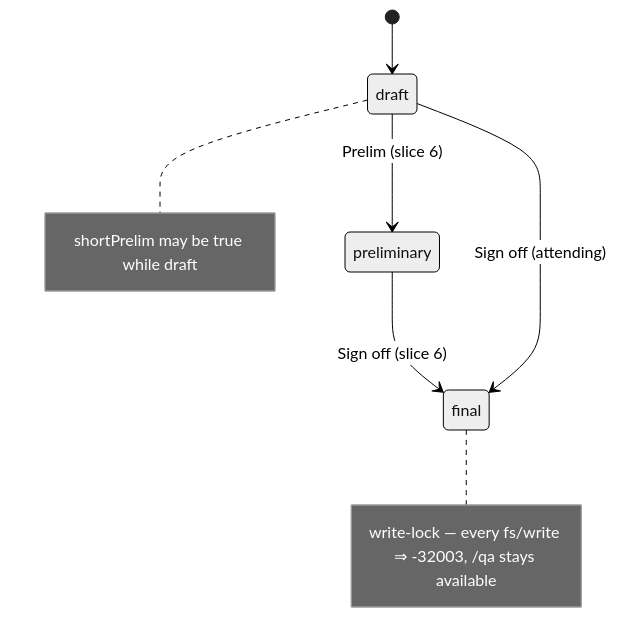
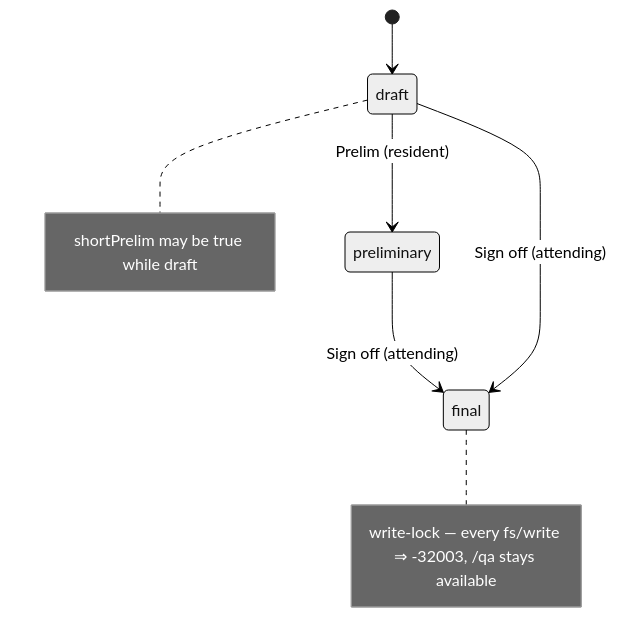
One commit to Lightbridge-KS/acp-rad-demo changed the fifth of 5 diagrams in docs/design/02-surface-architecture.md. Above: the diagram before and after it, drawn with Mermaid (neutral theme). The commit also changed other lines of this file and 7 other files, not shown here.

````diff
--- a/docs/design/02-surface-architecture.md
+++ b/docs/design/02-surface-architecture.md
@@ -179,9 +181,9 @@
 ```mermaid
 stateDiagram-v2
     [*] --> draft
-    draft --> preliminary: Prelim (slice 6)
-    preliminary --> final: Sign off (slice 6)
+    draft --> preliminary: Prelim (resident)
+    preliminary --> final: Sign off (attending)
     draft --> final: Sign off (attending)
     note right of draft: shortPrelim may be true while draft
     note right of final: write-lock — every fs/write ⇒ -32003, /qa stays available
 ```
````
